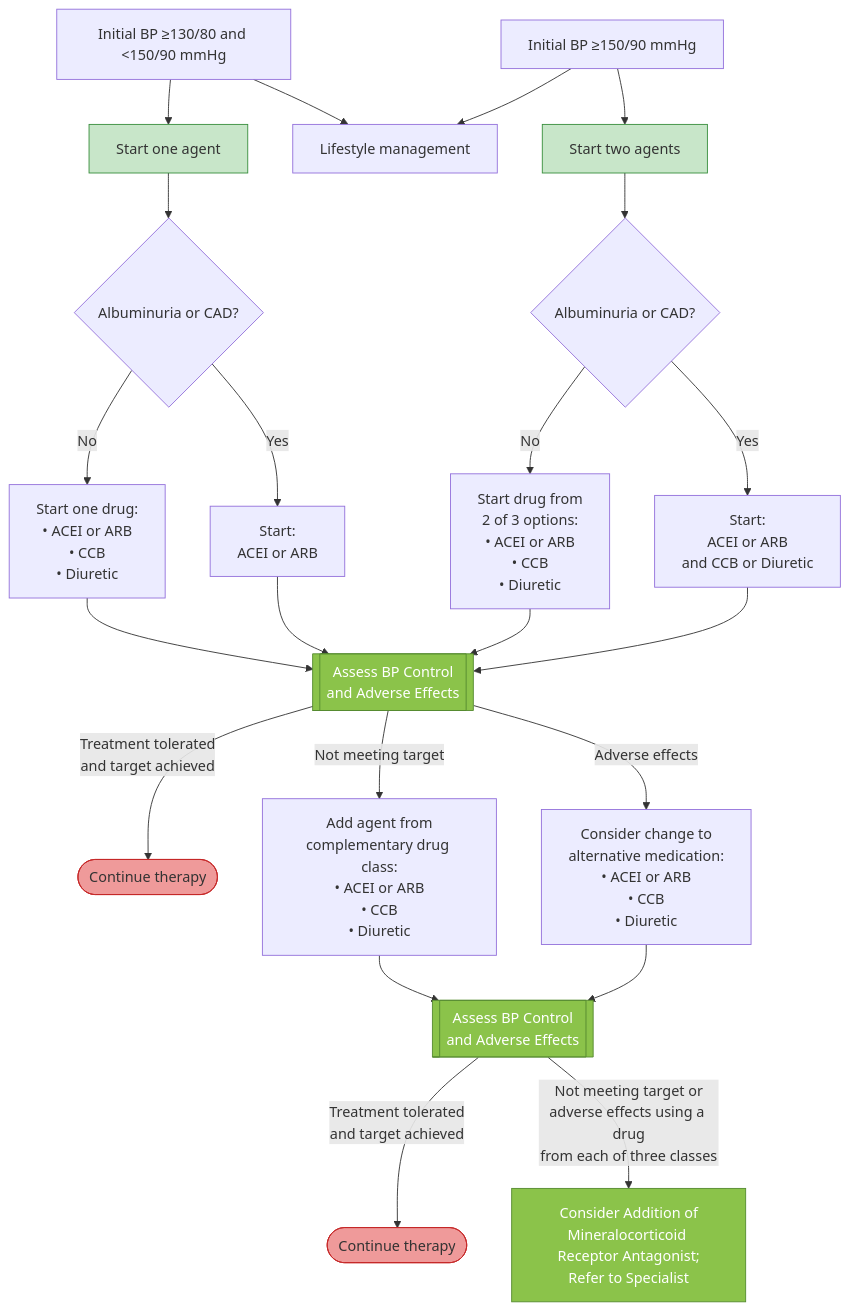
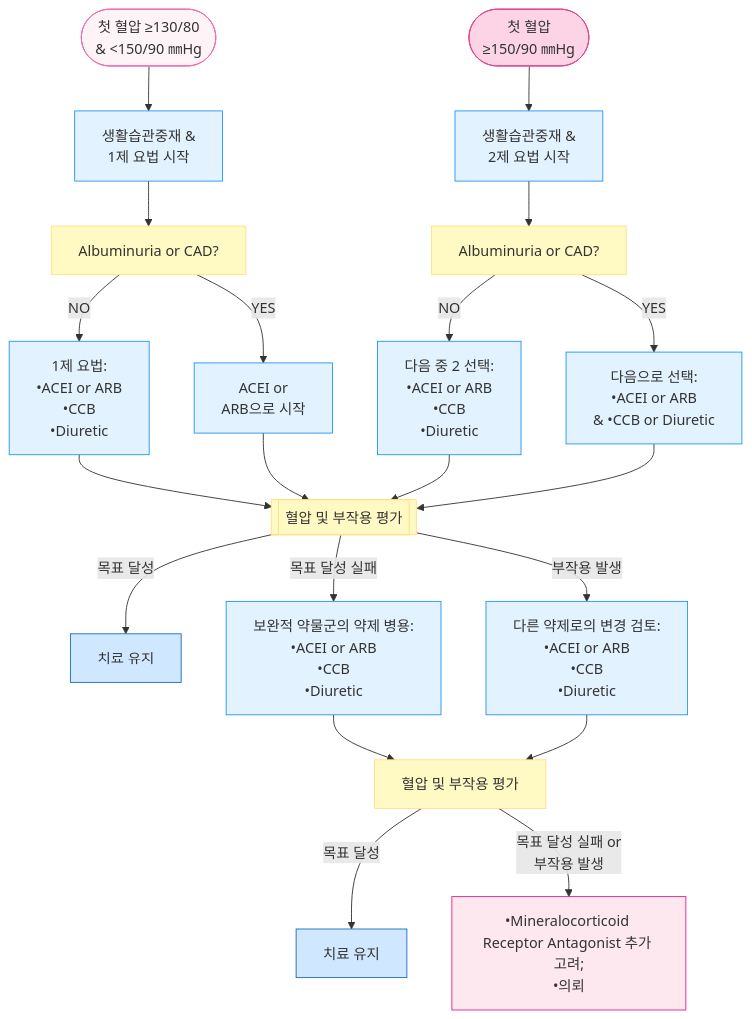
The third of 4 diagrams in 226_/100_-diabetes-mellitus.md (familyoh77/familyoh77), drawn with Mermaid before and after one commit. The commit also changed other lines of this file, not shown here.

````diff
--- a/226_/100_-diabetes-mellitus.md
+++ b/226_/100_-diabetes-mellitus.md
@@ -634,32 +635,32 @@
 ```mermaid
 graph TD
-    A["Initial BP ≥130/80 and <150/90 mmHg"] --> B["Start one agent"]
-    A --> C["Lifestyle management"]
-    D["Initial BP ≥150/90 mmHg"] --> E["Start two agents"]
-    D --> C
-    B --> F{"Albuminuria or CAD?"}
-    E --> G{"Albuminuria or CAD?"}
-    F -->|No| H["Start one drug:<br/>• ACEI or ARB<br/>• CCB<br/>• Diuretic"]
-    F -->|Yes| I["Start:<br/>ACEI or ARB"]
-    G -->|No| J["Start drug from<br/>2 of 3 options:<br/>• ACEI or ARB<br/>• CCB<br/>• Diuretic"]
-    G -->|Yes| K["Start:<br/>ACEI or ARB<br/>and CCB or Diuretic"]
-    H --> L[["Assess BP Control<br/>and Adverse Effects"]]
+    A(["첫 혈압 ≥130/80 <br/>& <150/90 ㎜Hg"]) --> B["생활습관중재 &<br/>1제 요법 시작"]
+    D(["첫 혈압 <br/>≥150/90 ㎜Hg"]) --> E["생활습관중재 &<br/>2제 요법 시작"]
+    B --> F["Albuminuria or CAD?"]
+    E --> G["Albuminuria or CAD?"]
+    F -->|NO| H["1제 요법:<br/>•ACEI or ARB<br/>•CCB<br/>•Diuretic"]
+    F -->|YES| I["ACEI or <br/>ARB으로 시작"]
+    G -->|NO| J["다음 중 2 선택:<br/>•ACEI or ARB<br/>•CCB<br/>•Diuretic"]
+    G -->|YES| K["다음으로 선택:<br/>•ACEI or ARB<br/>& •CCB or Diuretic"]
+    H --> L[["혈압 및 부작용 평가"]]
     I --> L
     J --> L
     K --> L
-    L -->|Treatment tolerated<br/>and target achieved| M(["Continue therapy"])
-    L -->|Not meeting target| N["Add agent from<br/>complementary drug class:<br/>• ACEI or ARB<br/>• CCB<br/>• Diuretic"]
-    L -->|Adverse effects| O["Consider change to<br/>alternative medication:<br/>• ACEI or ARB<br/>• CCB<br/>• Diuretic"]
-    N --> P[["Assess BP Control<br/>and Adverse Effects"]]
+    L -->|목표 달성| M["치료 유지"]
+    L -->|목표 달성 실패| N["보완적 약물군의 약제 병용:<br/>•ACEI or ARB<br/>•CCB<br/>•Diuretic"]
+    L -->|부작용 발생| O["다른 약제로의 변경 검토:<br/>•ACEI or ARB<br/>•CCB<br/>•Diuretic"]
+    N --> P["혈압 및 부작용 평가"]
     O --> P
-    P -->|Treatment tolerated<br/>and target achieved| Q(["Continue therapy"])
-    P -->|"Not meeting target or<br/>adverse effects using a drug<br/>from each of three classes"| R["Consider Addition of<br/>Mineralocorticoid Receptor Antagonist;<br/>Refer to Specialist"]
+    P -->|목표 달성| Q["치료 유지"]
+    P -->|"목표 달성 실패 or<br/>부작용 발생"| R["•Mineralocorticoid Receptor Antagonist 추가 고려;<br/>•의뢰"]
 
-    style B fill:#c8e6c9,stroke:#388e3c
-    style E fill:#c8e6c9,stroke:#388e3c
-    style L fill:#8bc34a,stroke:#558b2f,color:#fff
-    style P fill:#8bc34a,stroke:#558b2f,color:#fff
-    style M fill:#ef9a9a,stroke:#c62828
-    style Q fill:#ef9a9a,stroke:#c62828
-    style R fill:#8bc34a,stroke:#558b2f,color:#fff
+style A fill:#fef4f8,stroke:#f06baf
+style D fill:#fcd4e6,stroke:#e0448e
+classDef yellow fill:#fff9c4,stroke:#ffe082
+class F,G,L,P yellow
+classDef sky fill:#e3f2ff,stroke:#2196f3
+class B,E,H,I,J,K,N,O sky
+classDef blue fill:#d0e8ff,stroke:#1a6abf
+class M,Q blue
+style R fill:#fde8f0,stroke:#e91e8c
 ```
````
